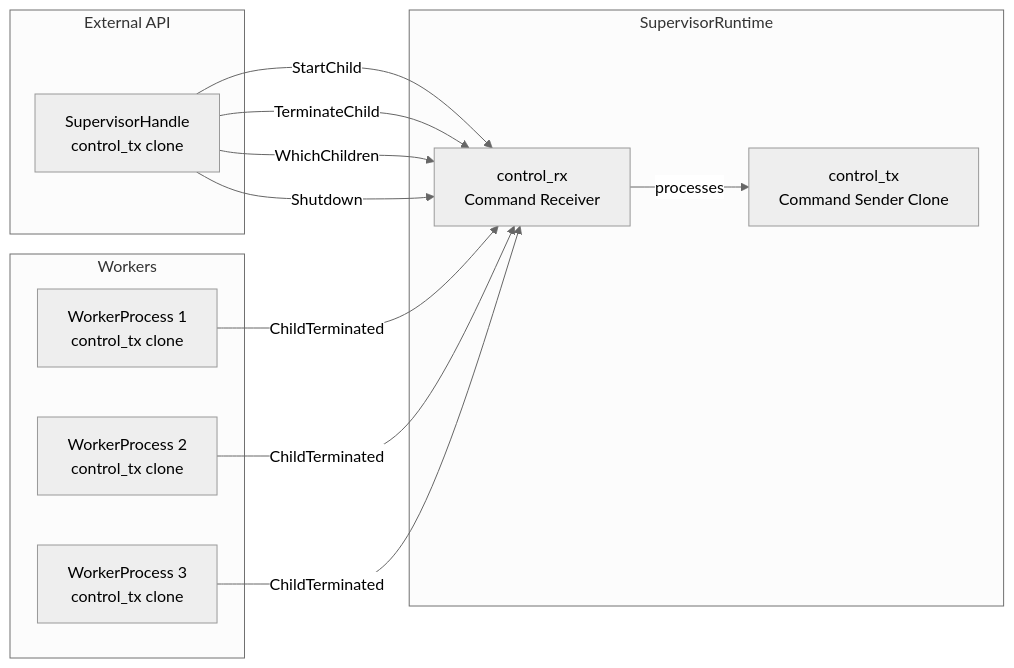
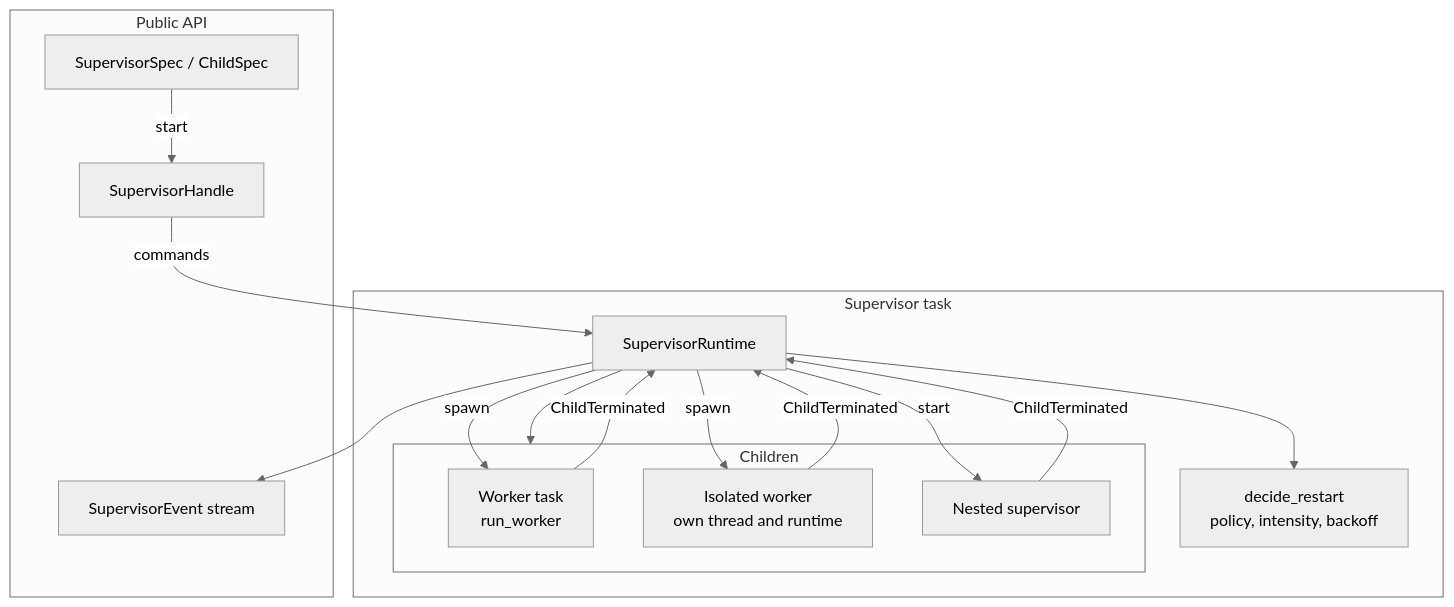
Before and after one commit to ashforge-rs/ash-flare: the first of 4 diagrams in architecture.md, drawn with Mermaid (neutral theme). The commit also changed other lines of this file and 4 other files, not shown here.

First line of the commit message:
docs: rewrite README, architecture and crate docs for 4.0; add a changelog

````diff
--- a/architecture.md
+++ b/architecture.md
@@ -190,28 +9,32 @@
 ```mermaid
-graph LR
-    subgraph "SupervisorRuntime"
-        control_rx[control_rx<br/>Command Receiver]
-        control_tx[control_tx<br/>Command Sender Clone]
+graph TB
+    subgraph "Public API"
+        Spec[SupervisorSpec / ChildSpec]
+        Handle[SupervisorHandle]
+        Events[SupervisorEvent stream]
     end
 
-    subgraph "External API"
-        handle[SupervisorHandle<br/>control_tx clone]
+    subgraph "Supervisor task"
+        Runtime[SupervisorRuntime]
+        Children[Children<br/>ordered list + id index]
+        Decide[decide_restart<br/>policy, intensity, backoff]
     end
 
-    subgraph "Workers"
-        wp1[WorkerProcess 1<br/>control_tx clone]
-        wp2[WorkerProcess 2<br/>control_tx clone]
-        wp3[WorkerProcess 3<br/>control_tx clone]
+    subgraph "Children"
+        Worker[Worker task<br/>run_worker]
+        Isolated[Isolated worker<br/>own thread and runtime]
+        Nested[Nested supervisor]
     end
 
-    handle -->|StartChild| control_rx
-    handle -->|TerminateChild| control_rx
-    handle -->|WhichChildren| control_rx
-    handle -->|Shutdown| control_rx
-    
-    wp1 -->|ChildTerminated| control_rx
-    wp2 -->|ChildTerminated| control_rx
-    wp3 -->|ChildTerminated| control_rx
-    
-    control_rx -->|processes| control_tx
+    Spec -->|start| Handle
+    Handle -->|commands| Runtime
+    Runtime --> Children
+    Runtime --> Decide
+    Runtime -->|spawn| Worker
+    Runtime -->|spawn| Isolated
+    Runtime -->|start| Nested
+    Worker -->|ChildTerminated| Runtime
+    Isolated -->|ChildTerminated| Runtime
+    Nested -->|ChildTerminated| Runtime
+    Runtime --> Events
 ```
````
